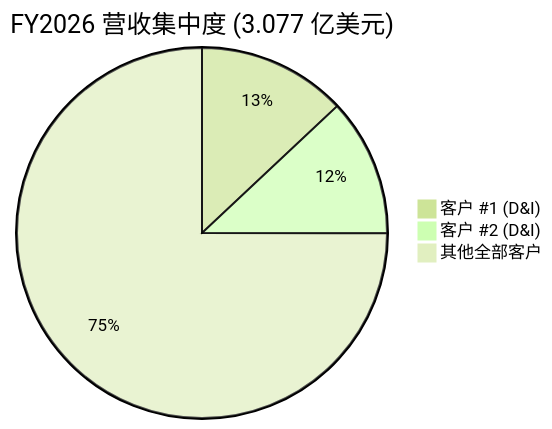
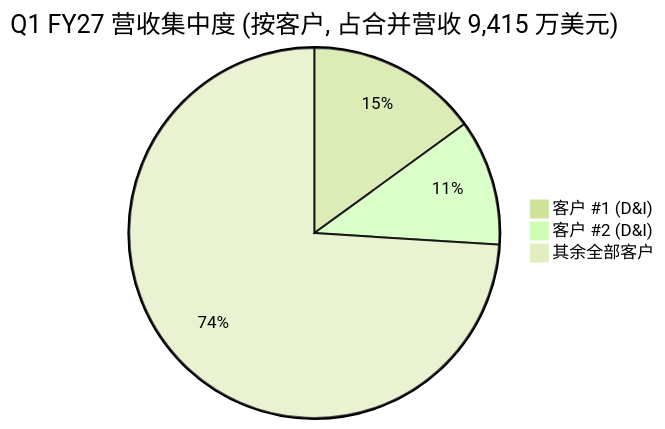
One commit to dadachundan/financial_agent changed the third of 4 diagrams in reports/company/Planet_NYSE_PL/Planet_NYSE_PL_公司研究.md. Above: the diagram before and after it, drawn with Mermaid (forest theme). The commit also changed other lines of this file, not shown here.

````diff
--- a/reports/company/Planet_NYSE_PL/Planet_NYSE_PL_公司研究.md
+++ b/reports/company/Planet_NYSE_PL/Planet_NYSE_PL_公司研究.md
@@ -236,6 +616,6 @@
 ```mermaid
-pie title FY2026 营收集中度 (3.077 亿美元)
-    "客户 #1 (D&I)" : 40
-    "客户 #2 (D&I)" : 37
-    "其他全部客户" : 230.7
+pie title Q1 FY27 营收集中度 (按客户, 占合并营收 9,415 万美元)
+    "客户 #1 (D&I)" : 15
+    "客户 #2 (D&I)" : 11
+    "其余全部客户" : 74
 ```
````
